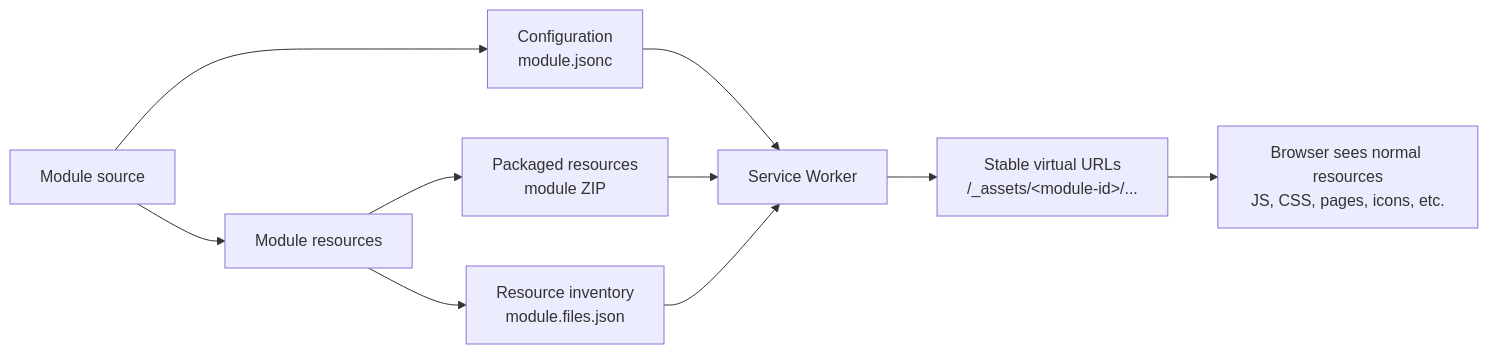
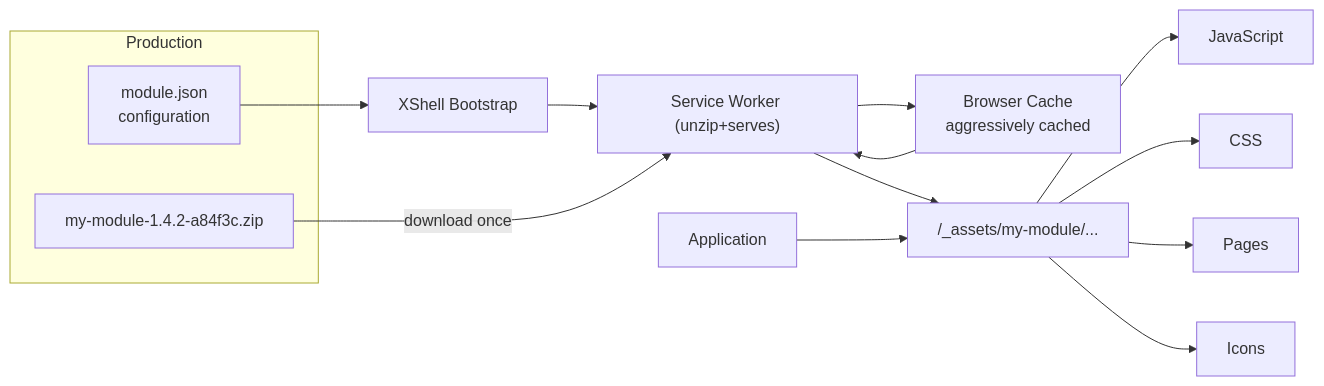
The second of 2 diagrams in src/DProjects.XShell/README.md (marcdp/xshell), drawn with Mermaid before and after one commit. The commit also changed other lines of this file, not shown here.

````diff
--- a/src/DProjects.XShell/README.md
+++ b/src/DProjects.XShell/README.md
@@ -427,19 +107,25 @@
 ```mermaid
 flowchart LR
 
-    SRC["Module source"]
+    subgraph DEPLOY["Production"]
+        CFG["module.json<br/>configuration"]
+        ZIP["my-module-1.4.2-a84f3c.zip"]
+    end
 
-    SRC --> CFG["Configuration<br/>module.jsonc"]
-    SRC --> RES["Module resources"]
+    CFG --> BOOT["XShell Bootstrap"]
+    BOOT --> SW["Service Worker (unzip+serves)"]
 
-    RES --> ZIP["Packaged resources<br/>module ZIP"]
-    RES --> INV["Resource inventory<br/>module.files.json"]
+    ZIP -->|download once| SW
 
-    CFG --> SW["Service Worker"]
-    ZIP --> SW
-    INV --> SW
+    SW --> CACHE["Browser Cache<br/>aggressively cached"]
+    CACHE --> SW
 
-    SW --> VIRTUAL["Stable virtual URLs<br/>/_assets/&lt;module-id&gt;/..."]
+    SW --> ASSETS["/_assets/my-module/..."]
 
-    VIRTUAL --> BROWSER["Browser sees normal resources<br/>JS, CSS, pages, icons, etc."]
+    ASSETS --> JS["JavaScript"]
+    ASSETS --> CSS["CSS"]
+    ASSETS --> PAGES["Pages"]
+    ASSETS --> ICONS["Icons"]
+
+    BROWSER["Application"] --> ASSETS
 ```
````
